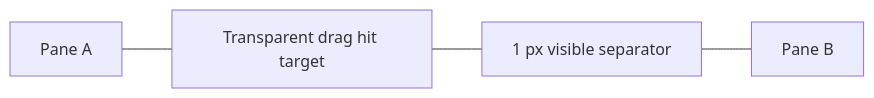
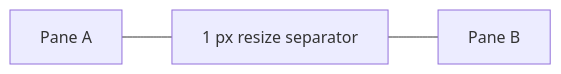
The second of 8 diagrams in doc/UI-LAYOUT.md (agus-works/agus-maps-flutter), drawn with Mermaid before and after one commit. The commit also changed other lines of this file and 4 other files, not shown here.

````diff
--- a/doc/UI-LAYOUT.md
+++ b/doc/UI-LAYOUT.md
@@ -66,6 +66,5 @@
 ```mermaid
 flowchart LR
-    PaneA["Pane A"] --- Hit["Transparent drag hit target"]
-    Hit --- Line["1 px visible separator"]
+    PaneA["Pane A"] --- Line["1 px resize separator"]
     Line --- PaneB["Pane B"]
 ```
````
